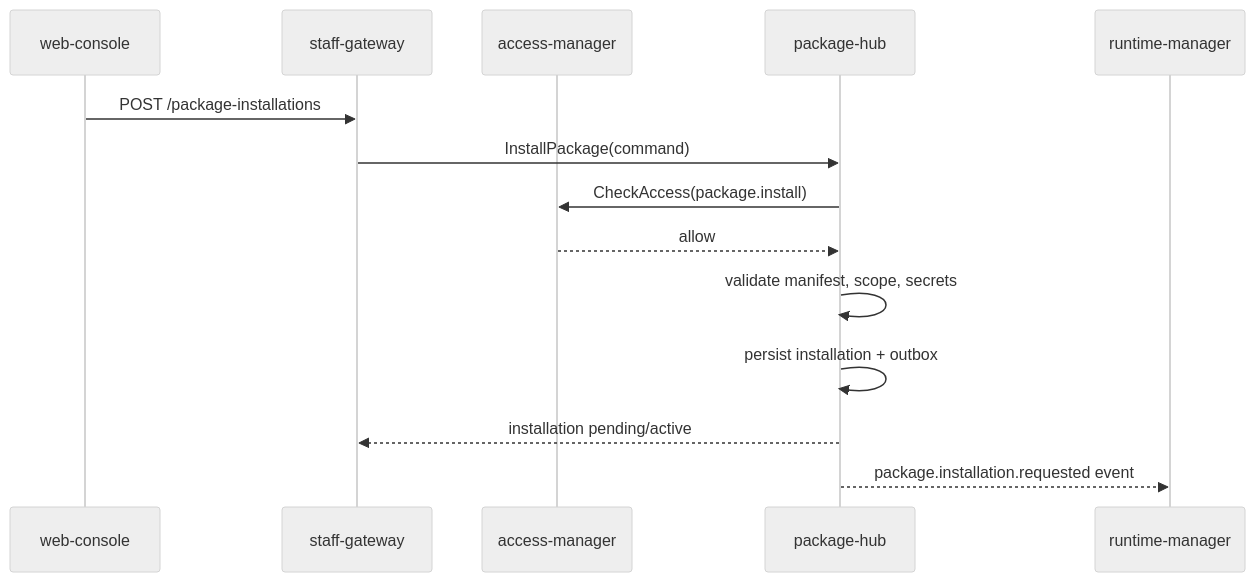
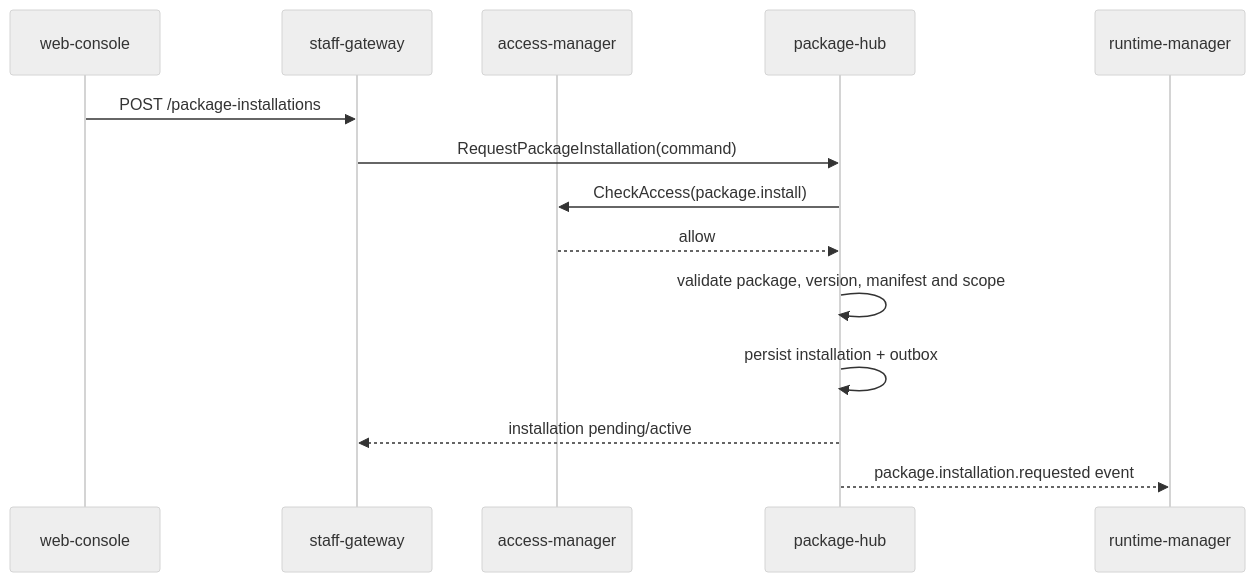
The third of 4 diagrams in docs/domains/package-platform/architecture/design.md (codex-k8s/kodex), drawn with Mermaid (neutral theme) before and after one commit. The commit also changed other lines of this file and 19 other files, not shown here.

Commit message:
Implement package installation request reads

````diff
--- a/docs/domains/package-platform/architecture/design.md
+++ b/docs/domains/package-platform/architecture/design.md
@@ -107,16 +107,16 @@
 ```mermaid
 sequenceDiagram
   participant UI as web-console
   participant G as staff-gateway
   participant A as access-manager
   participant P as package-hub
   participant R as runtime-manager
   UI->>G: POST /package-installations
-  G->>P: InstallPackage(command)
+  G->>P: RequestPackageInstallation(command)
   P->>A: CheckAccess(package.install)
   A-->>P: allow
-  P->>P: validate manifest, scope, secrets
+  P->>P: validate package, version, manifest and scope
   P->>P: persist installation + outbox
   P-->>G: installation pending/active
   P-->>R: package.installation.requested event
 ```
````
